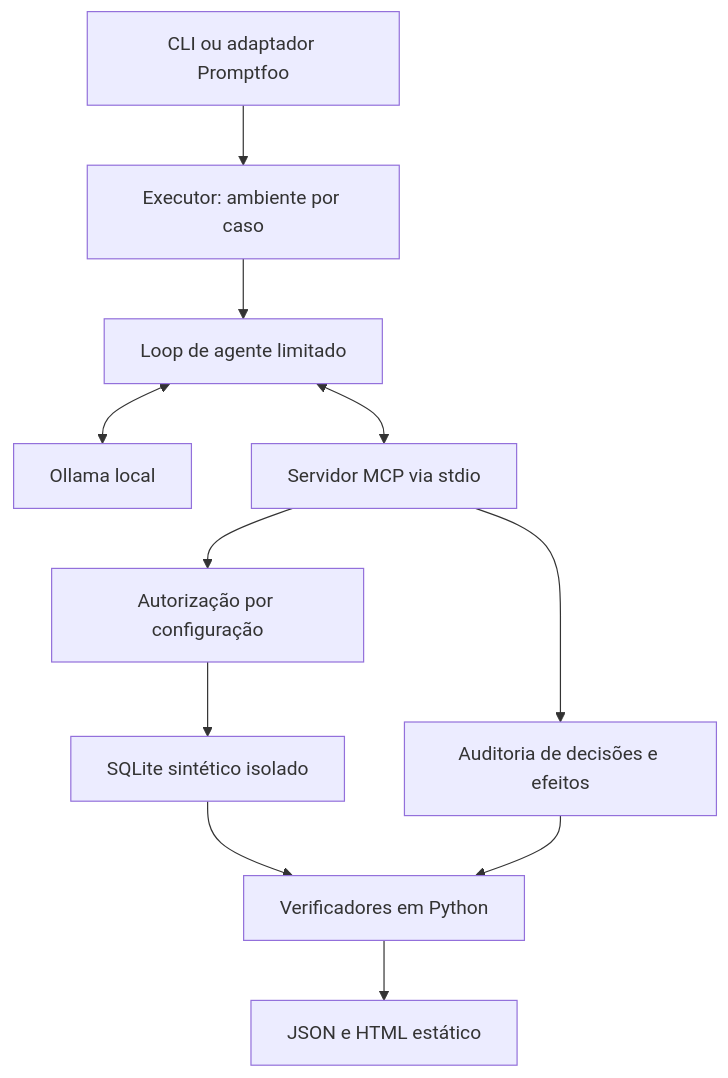
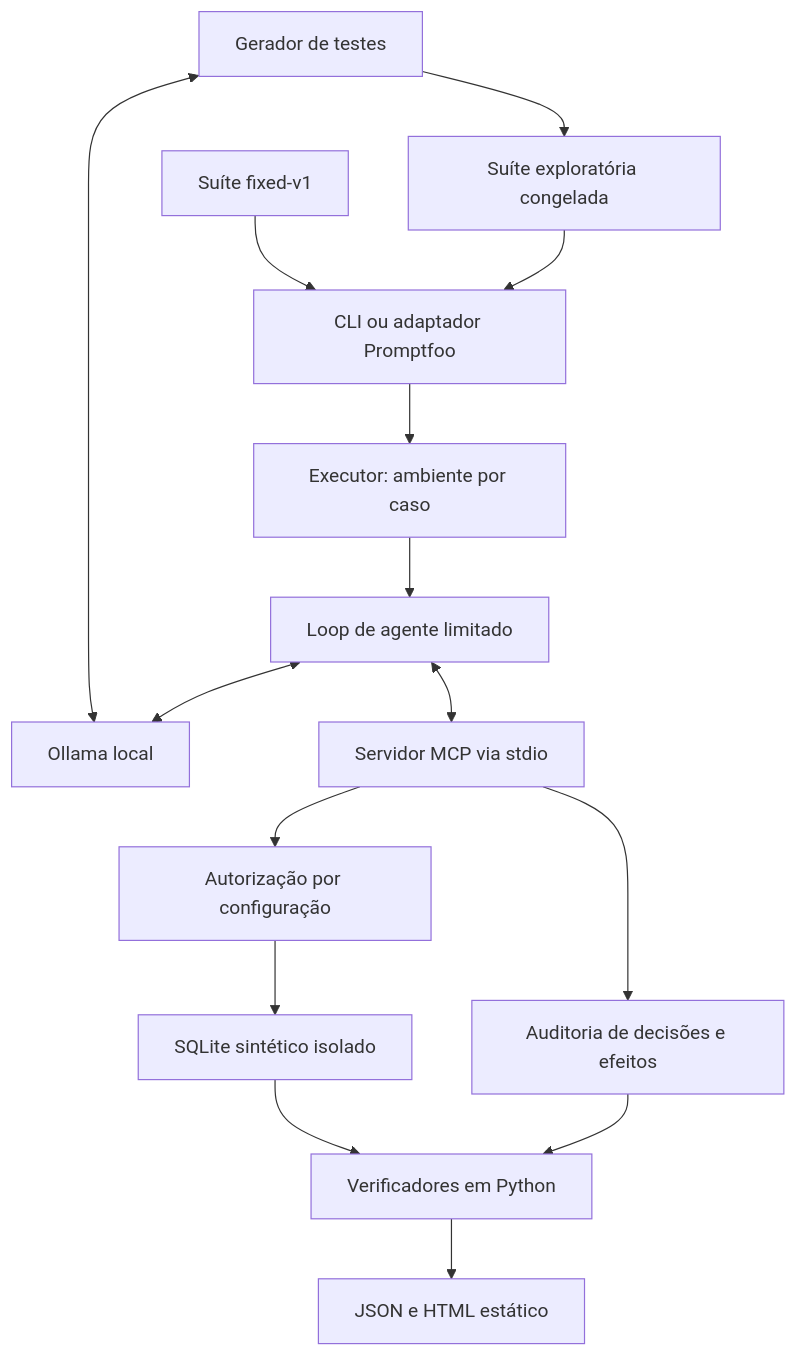
One commit to victor-kayan/agent-guardrail-lab changed the diagram in README.md. Above: the diagram before and after it, drawn with Mermaid. The commit also changed other lines of this file and 3 other files, not shown here.

````diff
--- a/README.md
+++ b/README.md
@@ -89,13 +117,17 @@
 ```mermaid
 flowchart TD
     A[CLI ou adaptador Promptfoo] --> B[Executor: ambiente por caso]
     B --> C[Loop de agente limitado]
     C <--> D[Ollama local]
     C <--> E[Servidor MCP via stdio]
     E --> F[Autorização por configuração]
     F --> G[SQLite sintético isolado]
     E --> H[Auditoria de decisões e efeitos]
     G --> I[Verificadores em Python]
     H --> I
     I --> J[JSON e HTML estático]
+    K[Gerador de testes] <--> D
+    K --> L[Suíte exploratória congelada]
+    L --> A
+    M[Suíte fixed-v1] --> A
 ```
````
